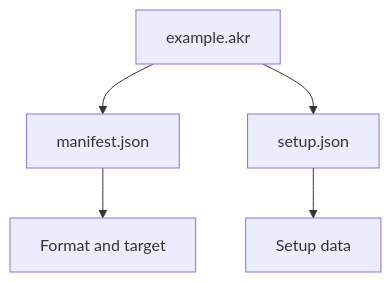
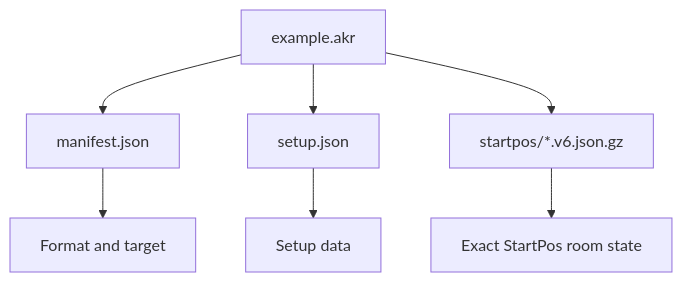
The diagram in docs/concepts/akr-files-and-setup-state.mdx (Microck/akron), drawn with Mermaid before and after one commit. The commit also changed other lines of this file and 39 other files, not shown here.

Commit message:
fix: preserve exact StartPos state across restarts and packs

````diff
--- a/docs/concepts/akr-files-and-setup-state.mdx
+++ b/docs/concepts/akr-files-and-setup-state.mdx
@@ -27,7 +27,9 @@
 ```mermaid
 flowchart TD
   archive["example.akr"] --> manifest["manifest.json"]
   archive --> payload["setup.json"]
+  archive --> snapshots["startpos/*.v6.json.gz"]
   manifest --> target["Format and target"]
   payload --> settings["Setup data"]
+  snapshots --> roomState["Exact StartPos room state"]
 ```
````
